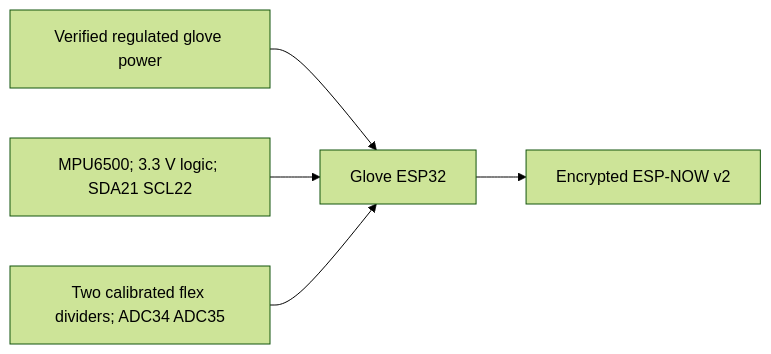
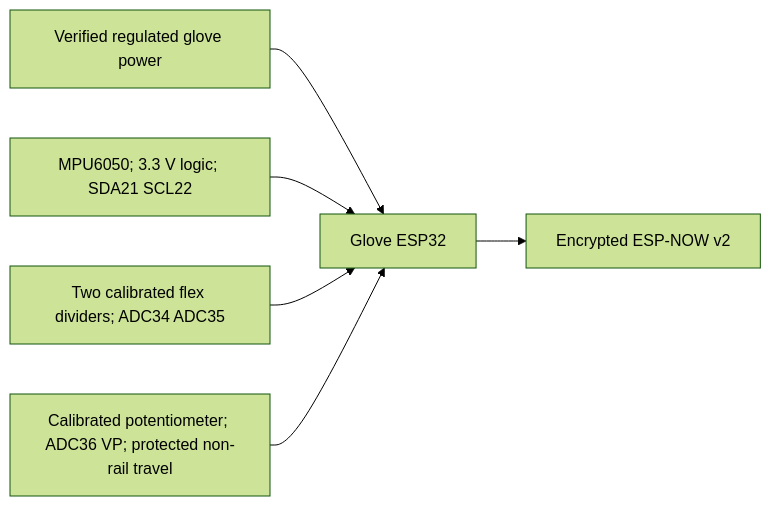
Before and after one commit to diyan07-ctrl/esp32-gesture-controlled-drone: the diagram in diagrams/glove-wiring.mmd, drawn with Mermaid (forest theme). The commit also changed 40 other files, not shown here.

Commit message:
feat: migrate MPU6050 sensors and calibrated potentiometer throttle

```diff
--- a/diagrams/glove-wiring.mmd
+++ b/diagrams/glove-wiring.mmd
@@ -1,5 +1,6 @@
 flowchart LR
   P["Verified regulated glove power"] --> E["Glove ESP32"]
-  I["MPU6500; 3.3 V logic; SDA21 SCL22"] --> E
+  I["MPU6050; 3.3 V logic; SDA21 SCL22"] --> E
   F["Two calibrated flex dividers; ADC34 ADC35"] --> E
+  T["Calibrated potentiometer; ADC36 VP; protected non-rail travel"] --> E
   E --> R["Encrypted ESP-NOW v2"]
```
